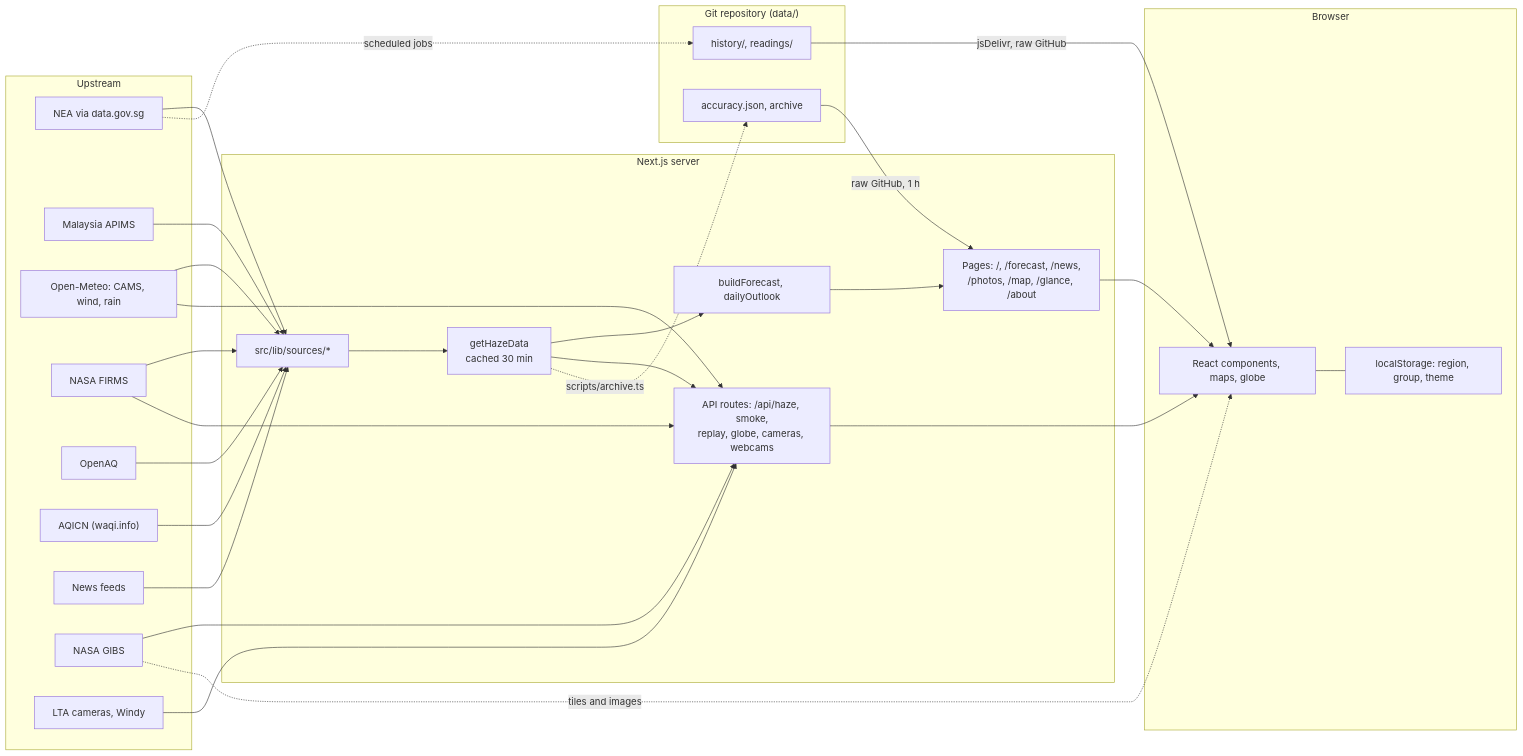
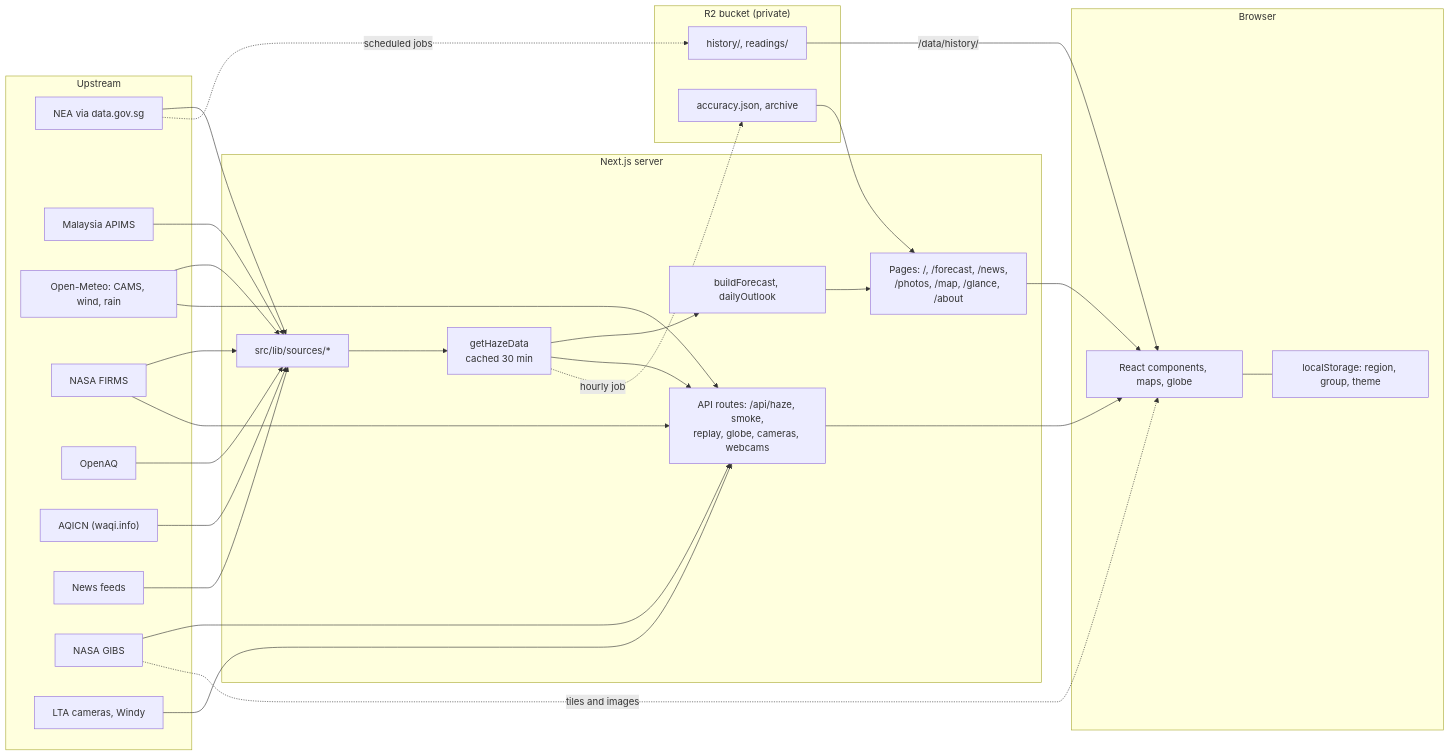
The diagram in docs/architecture.md (sr33r00/haze-lah), drawn with Mermaid before and after one commit. The commit also changed other lines of this file and 59 other files, not shown here.

Commit message:
Data and scheduled jobs move to Cloudflare: private R2 bucket, jobs in the site Worker, started by the scheduler Worker

````diff
--- a/docs/architecture.md
+++ b/docs/architecture.md
@@ -9,47 +9,47 @@
 ```mermaid
 flowchart LR
   subgraph Upstream
     NEA["NEA via data.gov.sg"]
     APIMS["Malaysia APIMS"]
     OM["Open-Meteo: CAMS, wind, rain"]
     FIRMS["NASA FIRMS"]
     OAQ["OpenAQ"]
     WAQI["AQICN (waqi.info)"]
     NEWS["News feeds"]
     GIBS["NASA GIBS"]
     CAM["LTA cameras, Windy"]
   end
 
   subgraph Server["Next.js server"]
     SRC["src/lib/sources/*"]
     DATA["getHazeData<br/>cached 30 min"]
     FC["buildForecast, dailyOutlook"]
     PAGES["Pages: /, /forecast, /news,<br/>/photos, /map, /glance, /about"]
     API["API routes: /api/haze, smoke,<br/>replay, globe, cameras, webcams"]
   end
 
-  subgraph Repo["Git repository (data/)"]
+  subgraph R2["R2 bucket (private)"]
     ACC["accuracy.json, archive"]
     HIST["history/, readings/"]
   end
 
   subgraph Browser
     UI["React components, maps, globe"]
     LOCAL["localStorage: region, group, theme"]
   end
 
   NEA & APIMS & OM & FIRMS & OAQ & WAQI & NEWS --> SRC
   SRC --> DATA --> FC --> PAGES
   DATA --> API
   OM & FIRMS --> API
   GIBS --> API
   CAM --> API
   PAGES --> UI
   API --> UI
   GIBS -. "tiles and images" .-> UI
-  ACC -- "raw GitHub, 1 h" --> PAGES
-  HIST -- "jsDelivr, raw GitHub" --> UI
+  ACC --> PAGES
+  HIST -- "/data/history/" --> UI
   UI --- LOCAL
-  DATA -. "scripts/archive.ts" .-> ACC
+  DATA -. "hourly job" .-> ACC
   NEA -. "scheduled jobs" .-> HIST
 ```
````
